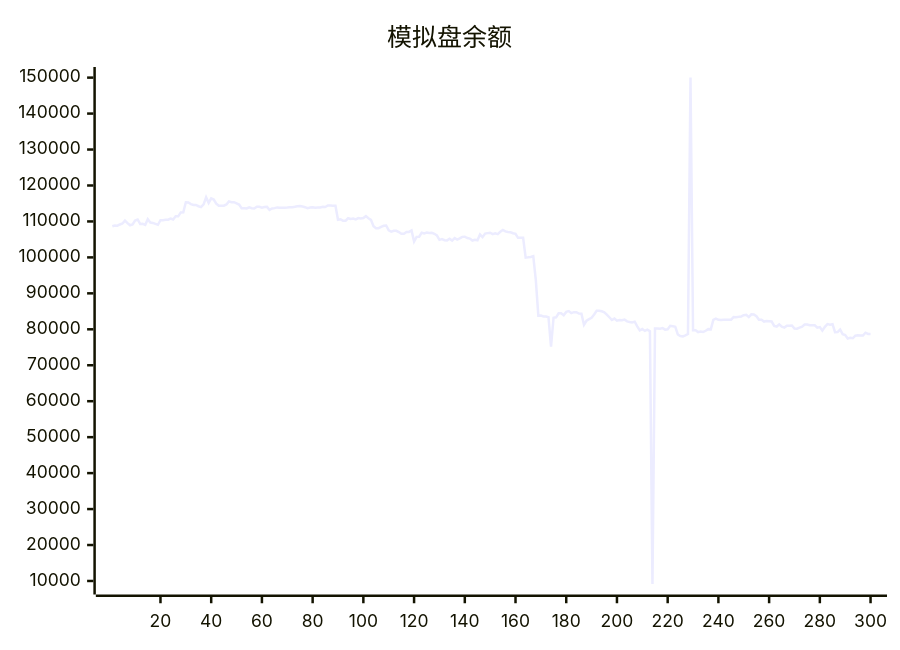
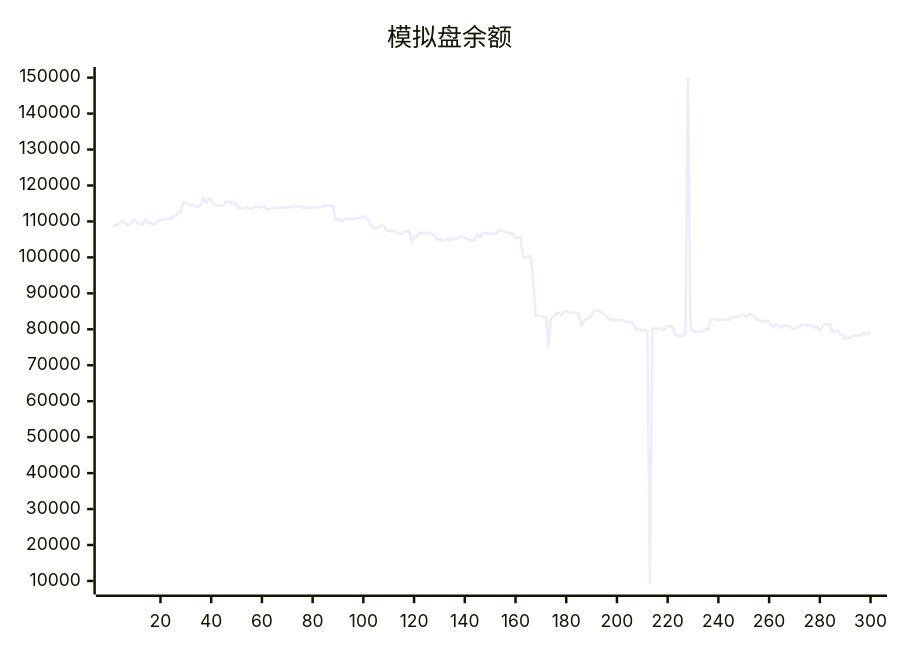
The diagram in README.md (aahl/ai-trading), drawn with Mermaid before and after one commit. The commit also changed other lines of this file and 1 other file, not shown here.

````diff
--- a/README.md
+++ b/README.md
@@ -5,5 +5,5 @@
 ```mermaid
 xychart
     title "模拟盘余额"
-    line [108644,108863,108823,109162,109419,110224,109539,108945,109172,110262,110546,109304,109343,109053,110606,109702,109584,109337,109071,110342,110342,110488,110488,110814,110531,111421,111421,112518,112522,115341,115266,114830,114584,114588,114231,113973,114726,116697,115160,116423,116083,114950,114365,114365,114388,114730,115582,115358,115358,115032,114686,113688,113688,113610,113930,113672,113585,114083,114074,113840,113996,114051,113208,113593,113701,113901,113794,113784,113810,113848,113927,113929,114064,114232,114293,114144,113960,113698,113853,113942,113812,113908,113877,114091,113998,114427,114422,114384,114384,110477,110576,110198,110198,110890,110712,110812,110569,110929,110847,110968,111478,110870,110433,108661,108116,108115,108485,108797,108877,107536,107134,107393,107393,107046,106565,106565,107081,107081,107478,104404,105715,105749,106866,106651,106889,106771,106816,106565,106141,104876,105103,104796,104734,105169,104690,105380,104941,105272,105709,105739,105374,105227,104691,104924,104762,106364,105628,106608,106748,106872,106485,106721,106468,107132,107620,107224,107080,107001,106717,106567,105431,105431,105440,99950,100017,100113,100337,93749,83795,83807,83567,83567,83342,75168,83222,83336,84448,84449,83896,84839,85065,84499,84757,84757,84364,84347,81254,82385,82835,83184,84099,85150,85150,85002,84751,84096,83356,82582,82983,82404,82572,82512,82688,82200,82047,81920,82125,80840,79688,80060,79552,79920,79470,9193,80236,80208,80170,80336,79894,80006,80954,80837,80712,78561,78139,78037,78293,78682,150000,79720,79720,79214,79372,79279,79591,80046,79993,82625,82950,82626,82571,82633,82670,82670,82681,83386,83378,83464,83579,83920,84037,83402,84160,84142,83652,82655,82655,82145,82315,82243,82163,80934,80770,81371,80742,80468,80989,80989,81067,80191,80155,80450,80737,81309,81309,81106,81119,81119,80471,80631,79624,80670,81448,81290,81429,79212,79222,79940,78643,78380,77432,77623,77504,78235,78358,78284,78277,79048,78714,78714]
+    line [108863,108823,109162,109419,110224,109539,108945,109172,110262,110546,109304,109343,109053,110606,109702,109584,109337,109071,110342,110342,110488,110488,110814,110531,111421,111421,112518,112522,115341,115266,114830,114584,114588,114231,113973,114726,116697,115160,116423,116083,114950,114365,114365,114388,114730,115582,115358,115358,115032,114686,113688,113688,113610,113930,113672,113585,114083,114074,113840,113996,114051,113208,113593,113701,113901,113794,113784,113810,113848,113927,113929,114064,114232,114293,114144,113960,113698,113853,113942,113812,113908,113877,114091,113998,114427,114422,114384,114384,110477,110576,110198,110198,110890,110712,110812,110569,110929,110847,110968,111478,110870,110433,108661,108116,108115,108485,108797,108877,107536,107134,107393,107393,107046,106565,106565,107081,107081,107478,104404,105715,105749,106866,106651,106889,106771,106816,106565,106141,104876,105103,104796,104734,105169,104690,105380,104941,105272,105709,105739,105374,105227,104691,104924,104762,106364,105628,106608,106748,106872,106485,106721,106468,107132,107620,107224,107080,107001,106717,106567,105431,105431,105440,99950,100017,100113,100337,93749,83795,83807,83567,83567,83342,75168,83222,83336,84448,84449,83896,84839,85065,84499,84757,84757,84364,84347,81254,82385,82835,83184,84099,85150,85150,85002,84751,84096,83356,82582,82983,82404,82572,82512,82688,82200,82047,81920,82125,80840,79688,80060,79552,79920,79470,9193,80236,80208,80170,80336,79894,80006,80954,80837,80712,78561,78139,78037,78293,78682,150000,79720,79720,79214,79372,79279,79591,80046,79993,82625,82950,82626,82571,82633,82670,82670,82681,83386,83378,83464,83579,83920,84037,83402,84160,84142,83652,82655,82655,82145,82315,82243,82163,80934,80770,81371,80742,80468,80989,80989,81067,80191,80155,80450,80737,81309,81309,81106,81119,81119,80471,80631,79624,80670,81448,81290,81429,79212,79222,79940,78643,78380,77432,77623,77504,78235,78358,78284,78277,79048,78714,78714,79290]
 ```
````
